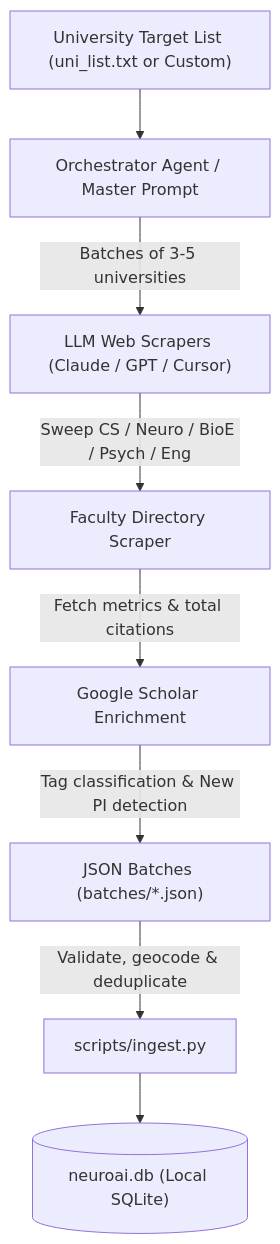
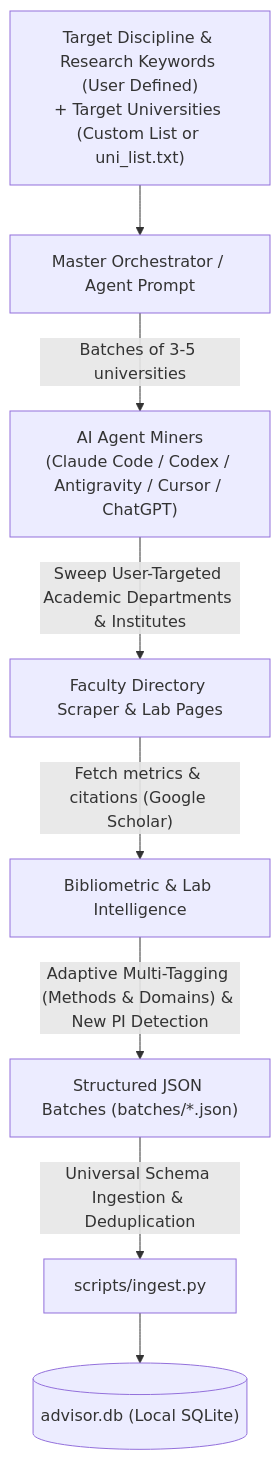
The diagram in README.md (YuhaoWei523/Find_Your_Advisor), drawn with Mermaid before and after one commit. The commit also changed other lines of this file and 7 other files, not shown here.

Commit message:
feat: add CLAUDE.md & .cursorrules for desktop agents, make discipline input strictly user-defined, update workflow diagram

````diff
--- a/README.md
+++ b/README.md
@@ -119,10 +121,10 @@
 ```mermaid
 flowchart TD
-    A["University Target List (uni_list.txt or Custom)"] --> B["Orchestrator Agent / Master Prompt"]
-    B -->|"Batches of 3-5 universities"| C["LLM Web Scrapers (Claude / GPT / Cursor)"]
-    C -->|"Sweep CS / Neuro / BioE / Psych / Eng"| D["Faculty Directory Scraper"]
-    D -->|"Fetch metrics & total citations"| E["Google Scholar Enrichment"]
-    E -->|"Tag classification & New PI detection"| F["JSON Batches (batches/*.json)"]
-    F -->|"Validate, geocode & deduplicate"| G["scripts/ingest.py"]
-    G --> H[("neuroai.db (Local SQLite)")]
+    A["Target Discipline & Research Keywords (User Defined)\n+ Target Universities (Custom List or uni_list.txt)"] --> B["Master Orchestrator / Agent Prompt"]
+    B -->|"Batches of 3-5 universities"| C["AI Agent Miners\n(Claude Code / Codex / Antigravity / Cursor / ChatGPT)"]
+    C -->|"Sweep User-Targeted Academic Departments & Institutes"| D["Faculty Directory Scraper & Lab Pages"]
+    D -->|"Fetch metrics & citations (Google Scholar)"| E["Bibliometric & Lab Intelligence"]
+    E -->|"Adaptive Multi-Tagging (Methods & Domains) & New PI Detection"| F["Structured JSON Batches (batches/*.json)"]
+    F -->|"Universal Schema Ingestion & Deduplication"| G["scripts/ingest.py"]
+    G --> H[("advisor.db (Local SQLite)")]
 ```
````
